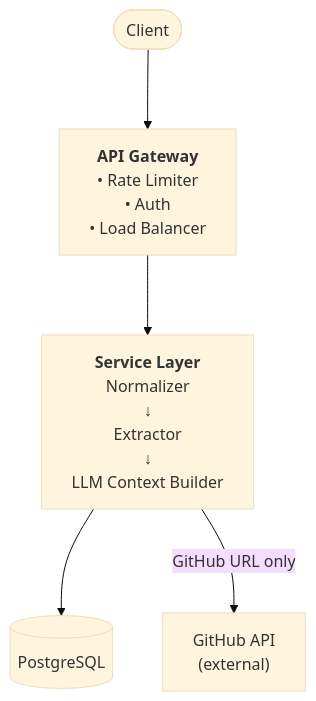
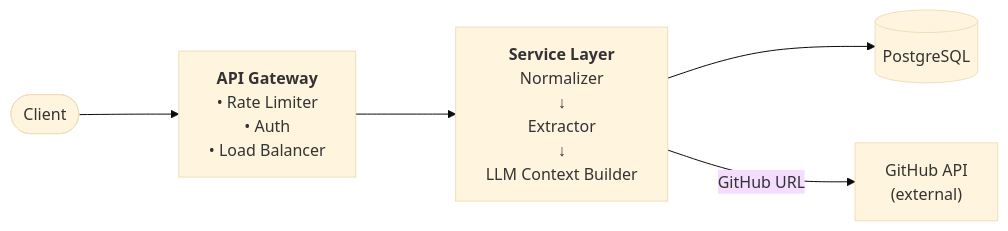
One commit to shivam-tamboli/GrillMyProject changed the first of 4 diagrams in SYSTEM_DESIGN.md. Above: the diagram before and after it, drawn with Mermaid (base theme). The commit also changed other lines of this file, not shown here.

Commit message:
fix all diagrams — LR direction, one way flow, clean spacing

````diff
--- a/SYSTEM_DESIGN.md
+++ b/SYSTEM_DESIGN.md
@@ -285,14 +285,14 @@
 ```mermaid
-%%{init: {'flowchart': {'nodeSpacing': 50, 'rankSpacing': 80}}}%%
-flowchart TD
+%%{init: {'flowchart': {'nodeSpacing': 60, 'rankSpacing': 100}}}%%
+flowchart LR
     Client([Client])
     GW["<b>API Gateway</b><br/>• Rate Limiter<br/>• Auth<br/>• Load Balancer"]
     SVC["<b>Service Layer</b><br/>Normalizer<br/>↓<br/>Extractor<br/>↓<br/>LLM Context Builder"]
     GH["GitHub API<br/>(external)"]
     PG[(PostgreSQL)]
 
     Client --> GW
     GW --> SVC
     SVC --> PG
-    SVC -->|"GitHub URL only"| GH
+    SVC -->|"GitHub URL"| GH
 ```
````
